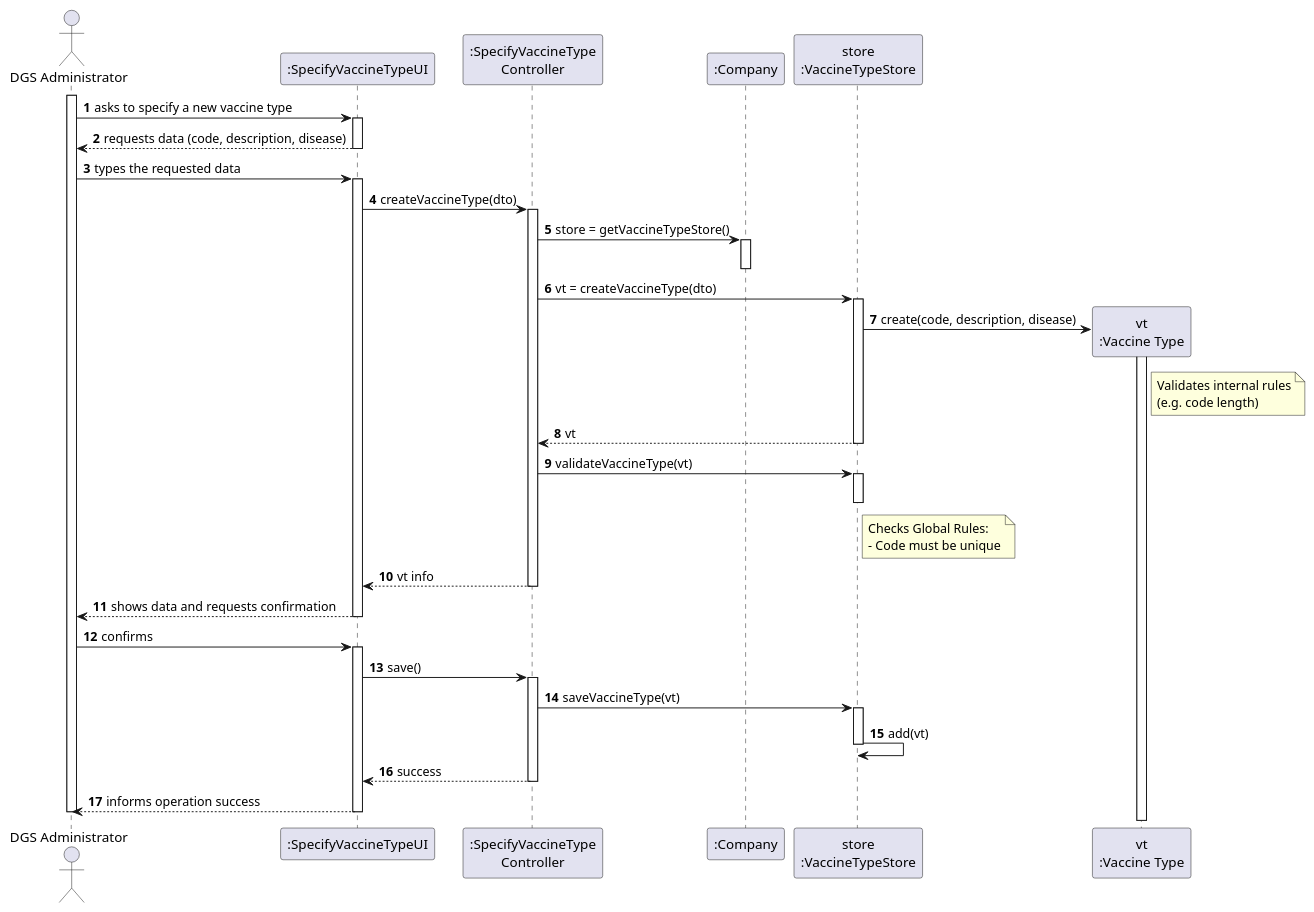
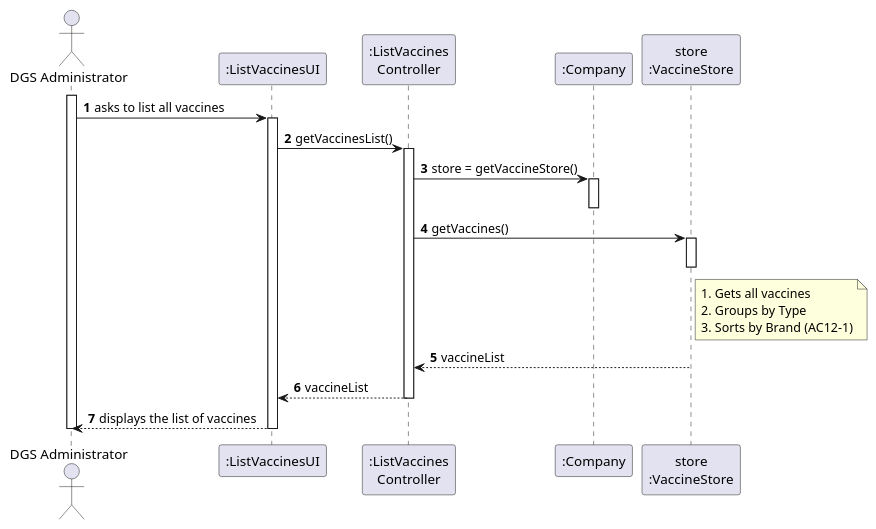
The diagram in project-template/docs/sprint3/US12/puml/US12-SD.puml (afonso51111/leti-esoft-25-26-A33), drawn with PlantUML before and after one commit. The commit also changed 61 other files, not shown here.

```diff
--- a/project-template/docs/sprint3/US12/puml/US12-SD.puml
+++ b/project-template/docs/sprint3/US12/puml/US12-SD.puml
@@ -1,70 +1,37 @@
 @startuml
 autonumber
 actor "DGS Administrator" as Admin
-participant ":SpecifyVaccineTypeUI" as UI
-participant ":SpecifyVaccineType\nController" as CTRL
+participant ":ListVaccinesUI" as UI
+participant ":ListVaccines\nController" as CTRL
 participant ":Company" as CMP
-participant "store\n:VaccineTypeStore" as STORE
-participant "vt\n:Vaccine Type" as VT
+participant "store\n:VaccineStore" as STORE
 
 activate Admin
-Admin -> UI : asks to specify a new vaccine type
+Admin -> UI : asks to list all vaccines
 activate UI
 
-UI --> Admin : requests data (code, description, disease)
-deactivate UI
-
-Admin -> UI : types the requested data
-activate UI
-
-UI -> CTRL : createVaccineType(dto)
+UI -> CTRL : getVaccinesList()
 activate CTRL
 
-CTRL -> CMP : store = getVaccineTypeStore()
+CTRL -> CMP : store = getVaccineStore()
 activate CMP
 deactivate CMP
 
-CTRL -> STORE : vt = createVaccineType(dto)
-activate STORE
-    create VT
-    STORE -> VT : create(code, description, disease)
-    activate VT
-        note right of VT
-           Validates internal rules
-           (e.g. code length)
-        end note
-    deactivate VT
-STORE --> CTRL : vt
-deactivate STORE
-
-CTRL -> STORE : validateVaccineType(vt)
+CTRL -> STORE : getVaccines()
 activate STORE
     note right of STORE
-       Checks Global Rules:
-       - Code must be unique
+       1. Gets all vaccines
+       2. Groups by Type
+       3. Sorts by Brand (AC12-1)
     end note
 deactivate STORE
+STORE --> CTRL : vaccineList
 
-CTRL --> UI : vt info
+CTRL --> UI : vaccineList
 deactivate CTRL
 
-UI --> Admin : shows data and requests confirmation
-deactivate UI
-
-Admin -> UI : confirms
-activate UI
-
-UI -> CTRL : save()
-activate CTRL
-    CTRL -> STORE : saveVaccineType(vt)
-    activate STORE
-        STORE -> STORE : add(vt)
-    deactivate STORE
-CTRL --> UI : success
-deactivate CTRL
-
-UI --> Admin : informs operation success
+UI --> Admin : displays the list of vaccines
 deactivate UI
 deactivate Admin
 
 @enduml
```
